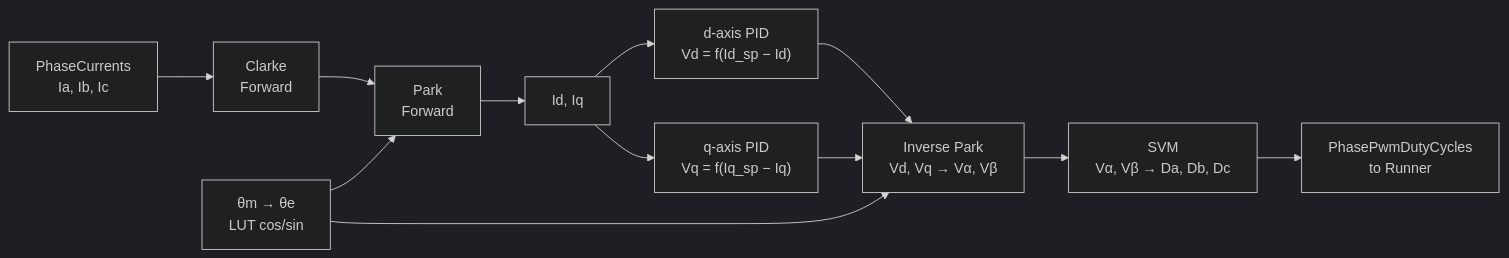
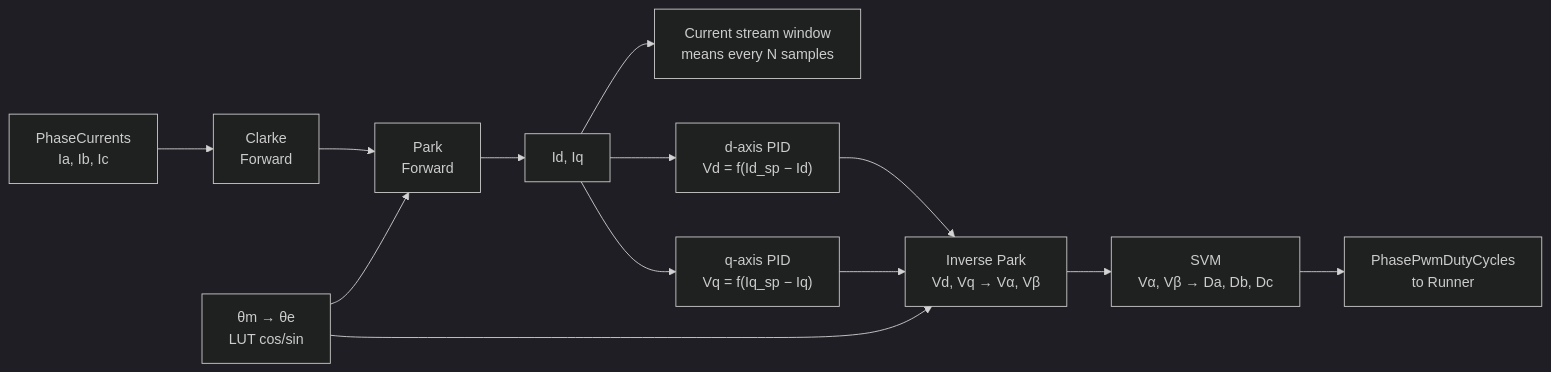
Before and after one commit to embedded-pro/e-foc: the first of 2 diagrams in documentation/design/foc-torque.md, drawn with Mermaid (dark theme). The commit also changed other lines of this file and 74 other files, not shown here.

````diff
--- a/documentation/design/foc-torque.md
+++ b/documentation/design/foc-torque.md
@@ -69,14 +71,15 @@
 ```mermaid
 flowchart LR
     A["PhaseCurrents\nIa, Ib, Ic"] --> B["Clarke\nForward"]
     B --> C["Park\nForward"]
     D["θm → θe\nLUT cos/sin"] --> C
     D --> H
     C --> E["Id, Iq"]
+    E --> S["Current stream window\nmeans every N samples"]
     E --> F["d-axis PID\nVd = f(Id_sp − Id)"]
     E --> G["q-axis PID\nVq = f(Iq_sp − Iq)"]
     F --> H["Inverse Park\nVd, Vq → Vα, Vβ"]
     G --> H
     H --> I["SVM\nVα, Vβ → Da, Db, Dc"]
     I --> J["PhasePwmDutyCycles\nto Runner"]
 ```
````
